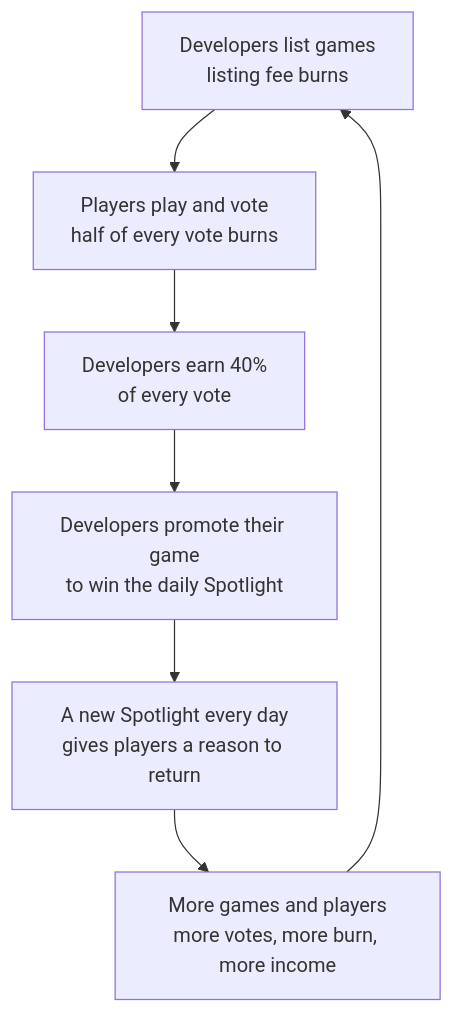
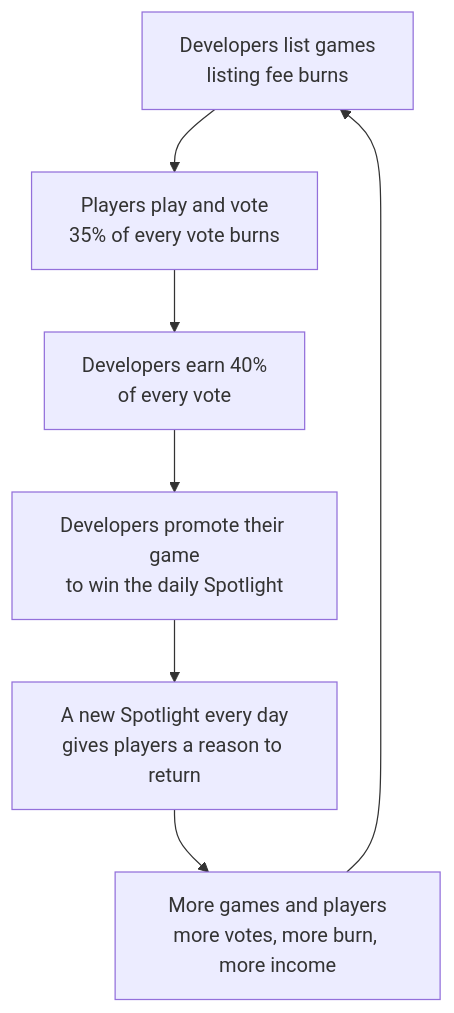
One commit to franklin238/playchain-console changed the second of 2 diagrams in README.md. Above: the diagram before and after it, drawn with Mermaid. The commit also changed other lines of this file and 10 other files, not shown here.

````diff
--- a/README.md
+++ b/README.md
@@ -101,9 +101,9 @@
 ```mermaid
 flowchart TB
-  A[Developers list games<br/>listing fee burns] --> B[Players play and vote<br/>half of every vote burns]
+  A[Developers list games<br/>listing fee burns] --> B[Players play and vote<br/>35% of every vote burns]
   B --> C[Developers earn 40%<br/>of every vote]
   C --> D[Developers promote their game<br/>to win the daily Spotlight]
   D --> E[A new Spotlight every day<br/>gives players a reason to return]
   E --> F[More games and players<br/>more votes, more burn, more income]
   F --> A
 ```
````
